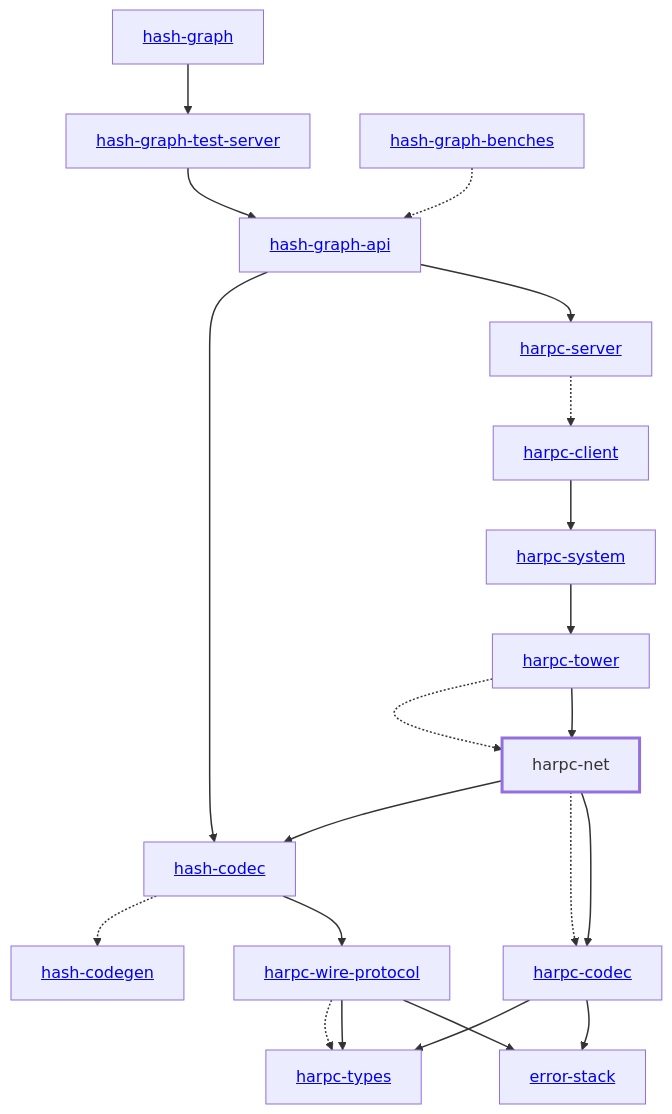
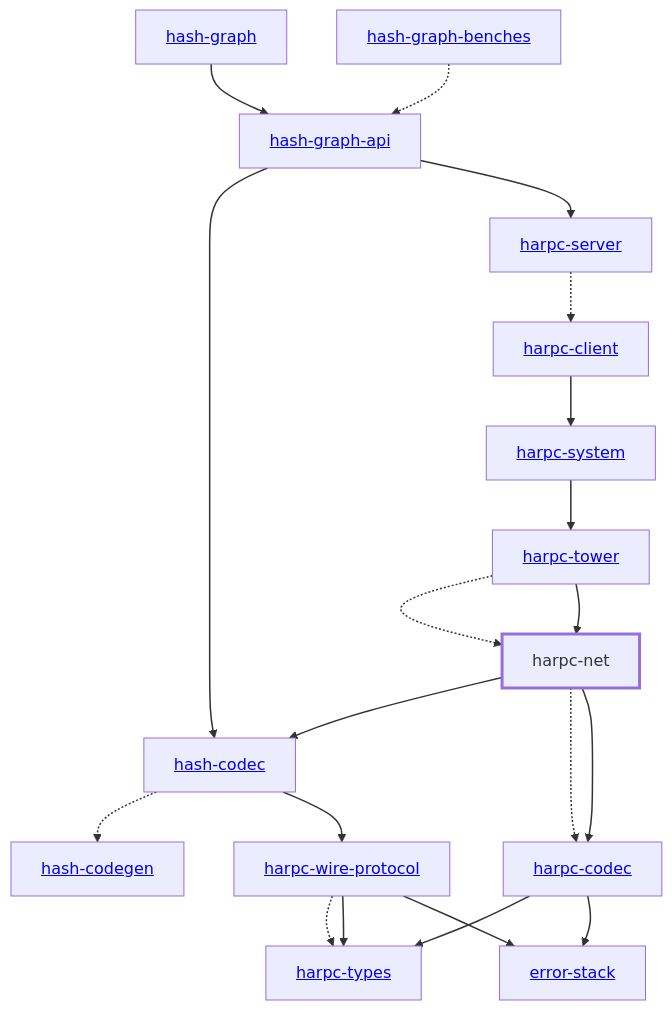
Before and after one commit to hashintel/hash: the diagram in libs/@local/harpc/net/docs/dependency-diagram.mmd, drawn with Mermaid. The commit also changed 85 other files, not shown here.

First line of the commit message:
BE-426: Merge graph test-server into admin endpoint in main binary

```diff
--- a/libs/@local/harpc/net/docs/dependency-diagram.mmd
+++ b/libs/@local/harpc/net/docs/dependency-diagram.mmd
@@ -1,46 +1,44 @@
 graph TD
     linkStyle default stroke-width:1.5px
     classDef default stroke-width:1px
     classDef root stroke-width:3px
     classDef dev stroke-width:1px
     classDef build stroke-width:1px
     %% Legend
     %% --> : Normal dependency
     %% -.-> : Dev dependency
     %% ---> : Build dependency
     0[<a href="../hash_graph/index.html">hash-graph</a>]
     1[<a href="../hash_codec/index.html">hash-codec</a>]
     2[<a href="../hash_codegen/index.html">hash-codegen</a>]
     3[<a href="../hash_graph_api/index.html">hash-graph-api</a>]
-    4[<a href="../hash_graph_test_server/index.html">hash-graph-test-server</a>]
-    5[<a href="../harpc_client/index.html">harpc-client</a>]
-    6[<a href="../harpc_codec/index.html">harpc-codec</a>]
-    7[harpc-net]
-    class 7 root
-    8[<a href="../harpc_server/index.html">harpc-server</a>]
-    9[<a href="../harpc_system/index.html">harpc-system</a>]
-    10[<a href="../harpc_tower/index.html">harpc-tower</a>]
-    11[<a href="../harpc_types/index.html">harpc-types</a>]
-    12[<a href="../harpc_wire_protocol/index.html">harpc-wire-protocol</a>]
-    13[<a href="../error_stack/index.html">error-stack</a>]
-    14[<a href="../hash_graph_benches/index.html">hash-graph-benches</a>]
-    0 --> 4
+    4[<a href="../harpc_client/index.html">harpc-client</a>]
+    5[<a href="../harpc_codec/index.html">harpc-codec</a>]
+    6[harpc-net]
+    class 6 root
+    7[<a href="../harpc_server/index.html">harpc-server</a>]
+    8[<a href="../harpc_system/index.html">harpc-system</a>]
+    9[<a href="../harpc_tower/index.html">harpc-tower</a>]
+    10[<a href="../harpc_types/index.html">harpc-types</a>]
+    11[<a href="../harpc_wire_protocol/index.html">harpc-wire-protocol</a>]
+    12[<a href="../error_stack/index.html">error-stack</a>]
+    13[<a href="../hash_graph_benches/index.html">hash-graph-benches</a>]
+    0 --> 3
     1 -.-> 2
-    1 --> 12
+    1 --> 11
     3 --> 1
-    3 --> 8
-    4 --> 3
-    5 --> 9
-    6 --> 11
-    6 --> 13
-    7 --> 1
-    7 -.-> 6
-    7 --> 6
-    8 -.-> 5
-    9 --> 10
-    10 -.-> 7
-    10 --> 7
-    12 -.-> 11
-    12 --> 11
-    12 --> 13
-    14 -.-> 3
+    3 --> 7
+    4 --> 8
+    5 --> 10
+    5 --> 12
+    6 --> 1
+    6 -.-> 5
+    6 --> 5
+    7 -.-> 4
+    8 --> 9
+    9 -.-> 6
+    9 --> 6
+    11 -.-> 10
+    11 --> 10
+    11 --> 12
+    13 -.-> 3
```
